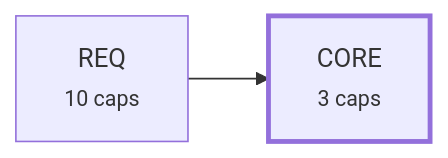
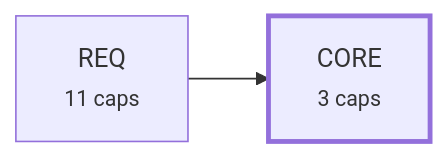
Before and after one commit to alxmax/Requirement-manager: the third of 4 diagrams in plugin/requirements/_map.md, drawn with Mermaid. The commit also changed other lines of this file and 11 other files, not shown here.

````diff
--- a/plugin/requirements/_map.md
+++ b/plugin/requirements/_map.md
@@ -118,7 +124,7 @@
 ```mermaid
 graph LR
   a_CORE["CORE<br><small>3 caps</small>"]
-  a_REQ["REQ<br><small>10 caps</small>"]
+  a_REQ["REQ<br><small>11 caps</small>"]
   a_REQ --> a_CORE
   style a_CORE stroke-width:3px
 ```
````
